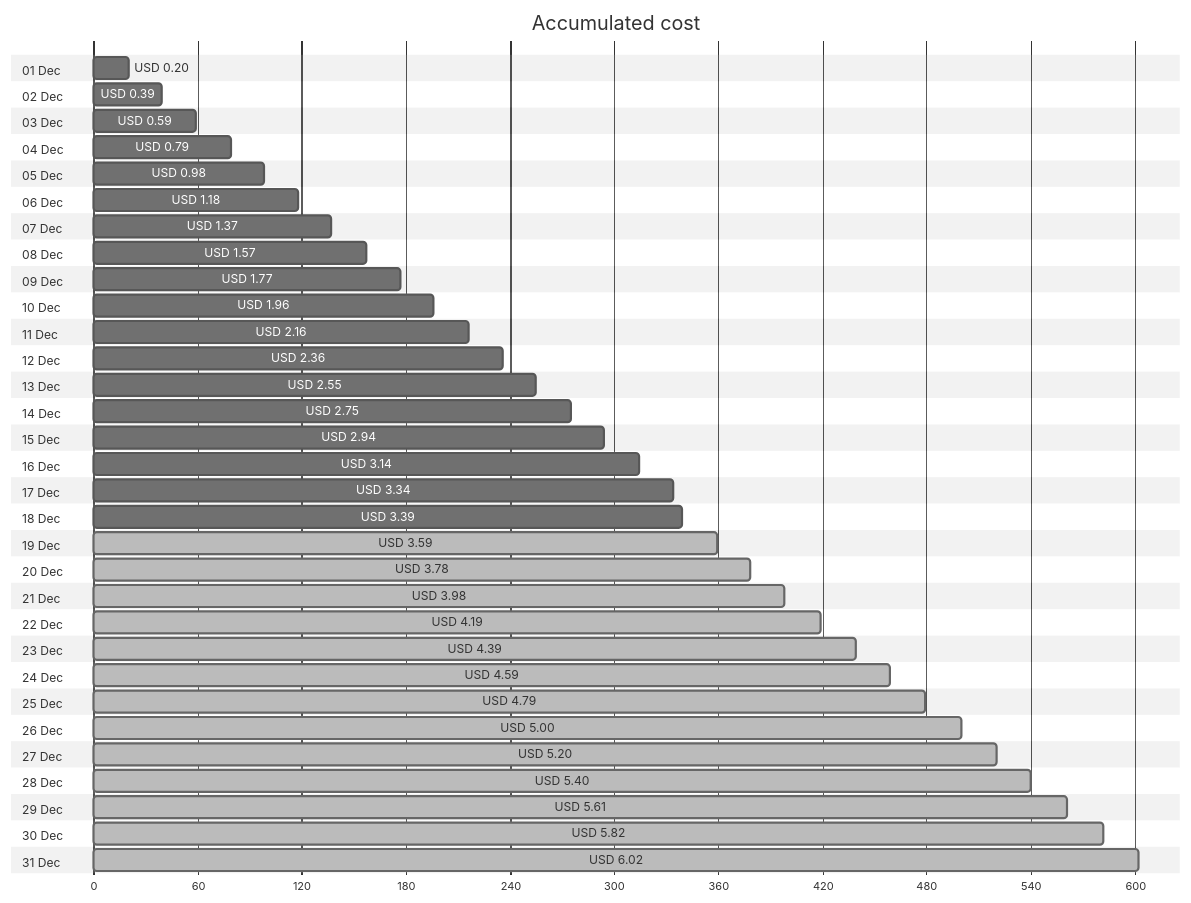
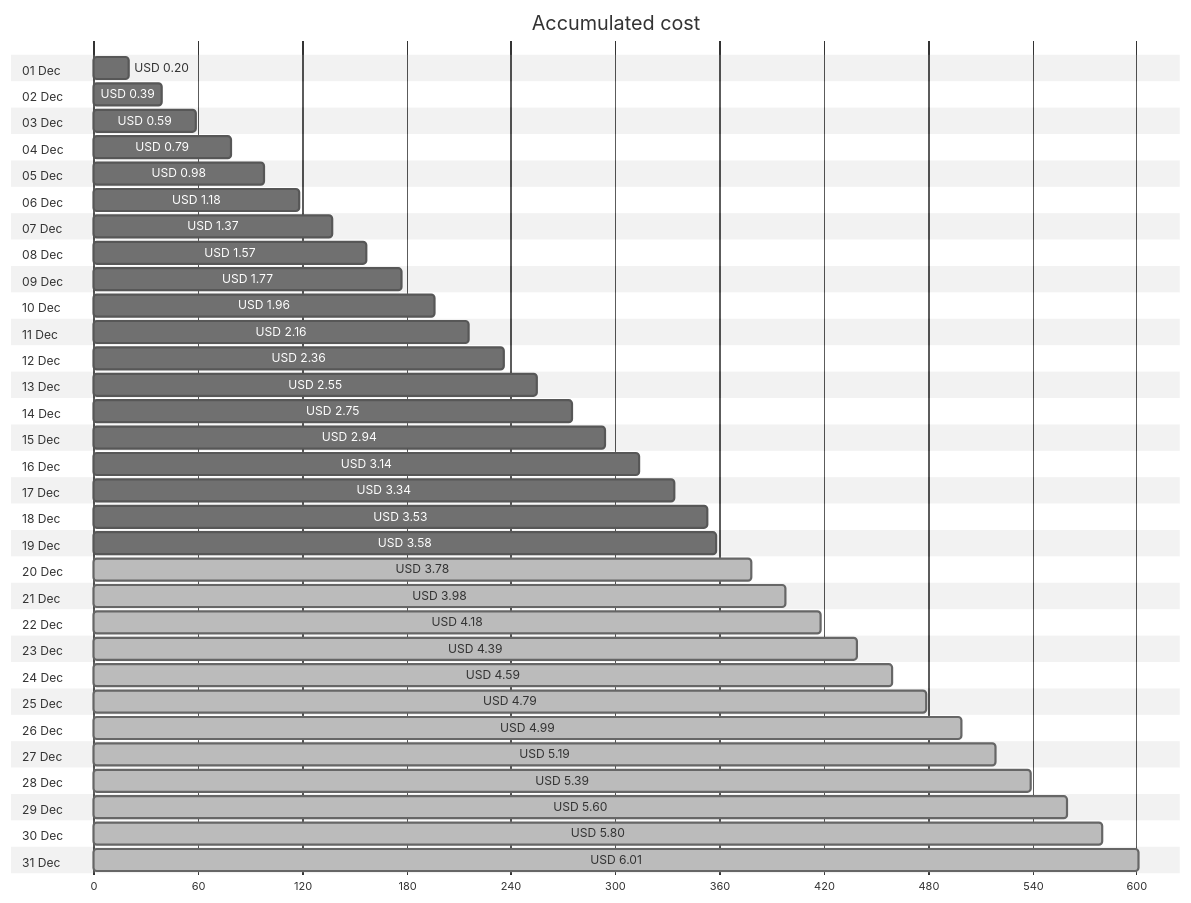
Before and after one commit to jpfulton/azure-personal-reports: the first of 4 diagrams in cost-reports/personal-network/backup-server.md, drawn with Mermaid (neutral theme). The commit also changed other lines of this file and 8 other files, not shown here.

````diff
--- a/cost-reports/personal-network/backup-server.md
+++ b/cost-reports/personal-network/backup-server.md
@@ -20,68 +20,68 @@
 ```mermaid
 gantt
    title Accumulated cost
    dateFormat  X
    axisFormat %s
    section 01 Dec
    USD 0.20 :0, 20
    section 02 Dec
    USD 0.39 :0, 39
    section 03 Dec
    USD 0.59 :0, 59
    section 04 Dec
    USD 0.79 :0, 79
    section 05 Dec
    USD 0.98 :0, 98
    section 06 Dec
    USD 1.18 :0, 118
    section 07 Dec
    USD 1.37 :0, 137
    section 08 Dec
    USD 1.57 :0, 157
    section 09 Dec
    USD 1.77 :0, 177
    section 10 Dec
    USD 1.96 :0, 196
    section 11 Dec
    USD 2.16 :0, 216
    section 12 Dec
    USD 2.36 :0, 236
    section 13 Dec
    USD 2.55 :0, 255
    section 14 Dec
    USD 2.75 :0, 275
    section 15 Dec
    USD 2.94 :0, 294
    section 16 Dec
    USD 3.14 :0, 314
    section 17 Dec
    USD 3.34 :0, 334
    section 18 Dec
-   USD 3.39 :0, 339
+   USD 3.53 :0, 353
    section 19 Dec
-   USD 3.59 : done, 0, 359
+   USD 3.58 :0, 358
    section 20 Dec
    USD 3.78 : done, 0, 378
    section 21 Dec
    USD 3.98 : done, 0, 398
    section 22 Dec
-   USD 4.19 : done, 0, 419
+   USD 4.18 : done, 0, 418
    section 23 Dec
    USD 4.39 : done, 0, 439
    section 24 Dec
    USD 4.59 : done, 0, 459
    section 25 Dec
    USD 4.79 : done, 0, 479
    section 26 Dec
-   USD 5.00 : done, 0, 500
+   USD 4.99 : done, 0, 499
    section 27 Dec
-   USD 5.20 : done, 0, 520
+   USD 5.19 : done, 0, 519
    section 28 Dec
-   USD 5.40 : done, 0, 540
+   USD 5.39 : done, 0, 539
    section 29 Dec
-   USD 5.61 : done, 0, 561
+   USD 5.60 : done, 0, 560
    section 30 Dec
-   USD 5.82 : done, 0, 582
+   USD 5.80 : done, 0, 580
    section 31 Dec
-   USD 6.02 : done, 0, 602
+   USD 6.01 : done, 0, 601
 ```
````
